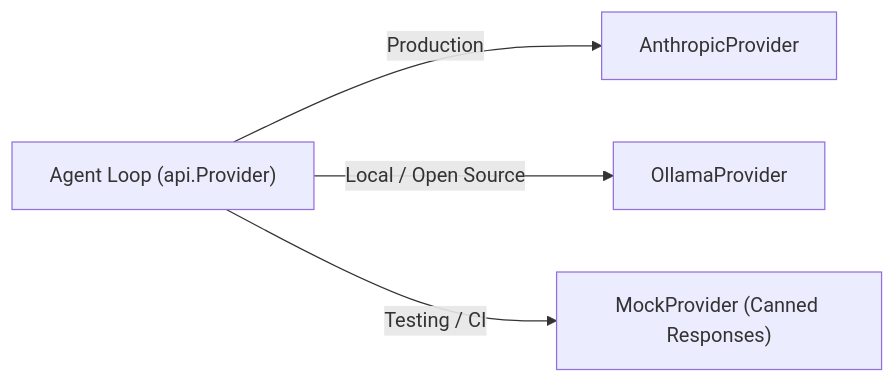
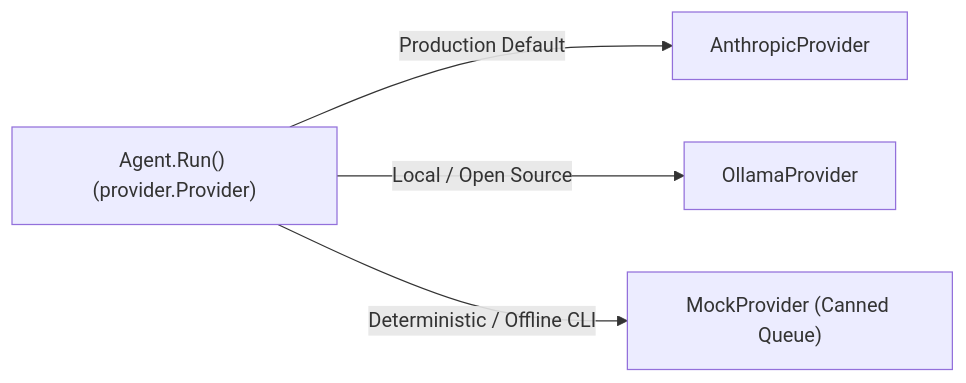
One commit to AntonioHellin/phi-code-agent changed the diagram in docs/steps/16-providers-and-mocks.md. Above: the diagram before and after it, drawn with Mermaid. The commit also changed other lines of this file and 6 other files, not shown here.

First line of the commit message:
docs: update milestone guides 15-27 to align with current architecture

````diff
--- a/docs/steps/16-providers-and-mocks.md
+++ b/docs/steps/16-providers-and-mocks.md
@@ -11,7 +12,7 @@
 ```mermaid
 flowchart LR
-    AgentLoop["Agent Loop (api.Provider)"]
-    AgentLoop -->|Production| Anthropic["AnthropicProvider"]
+    AgentLoop["Agent.Run() (provider.Provider)"]
+    AgentLoop -->|Production Default| Anthropic["AnthropicProvider"]
     AgentLoop -->|Local / Open Source| Ollama["OllamaProvider"]
-    AgentLoop -->|Testing / CI| Mock["MockProvider (Canned Responses)"]
+    AgentLoop -->|Deterministic / Offline CLI| Mock["MockProvider (Canned Queue)"]
 ```
````
